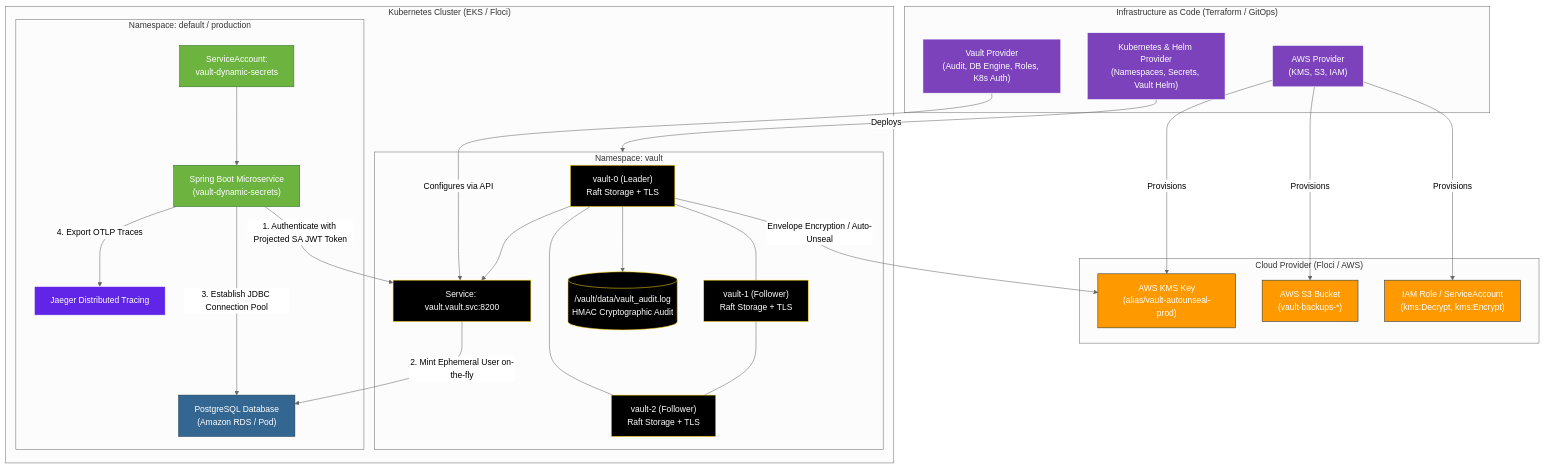
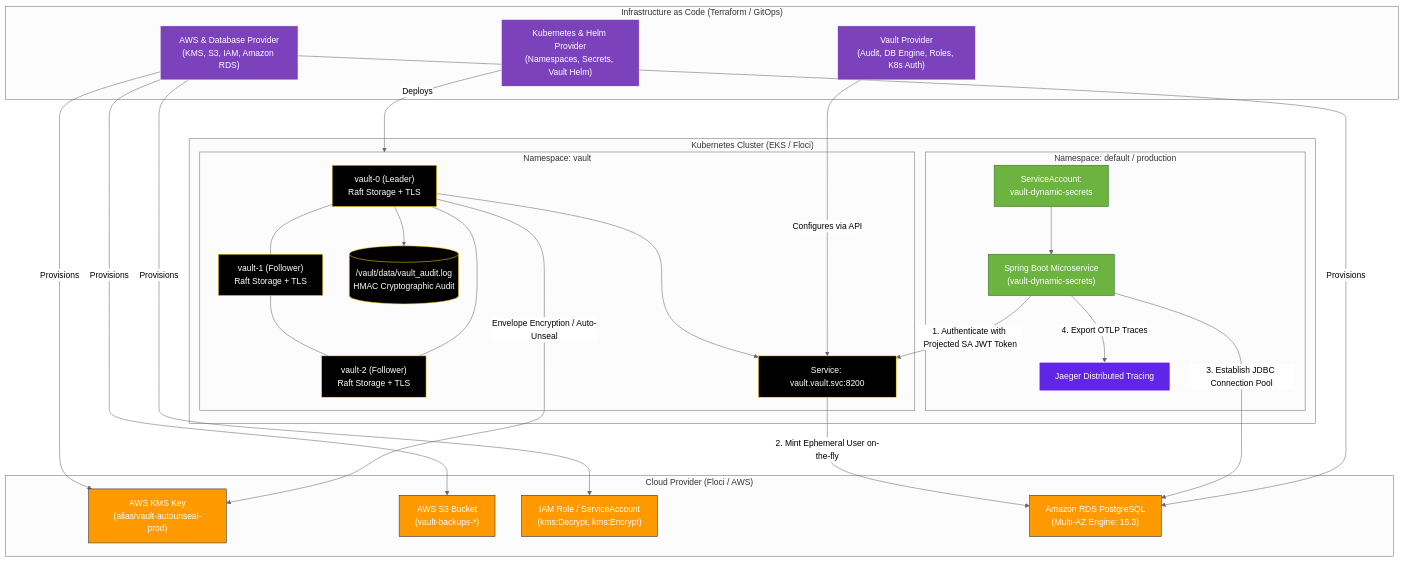
Before and after one commit to kirankumarhm/vault-dynamic-secrets: the diagram in docs/production-terraform-setup.md, drawn with Mermaid (neutral theme). The commit also changed other lines of this file and 3 other files, not shown here.

Commit message:
feat: provision Amazon RDS / automated PostgreSQL database via Terraform (postgres.tf)

````diff
--- a/docs/production-terraform-setup.md
+++ b/docs/production-terraform-setup.md
@@ -15,65 +16,65 @@
 ```mermaid
 graph TB
     subgraph IaC["Infrastructure as Code (Terraform / GitOps)"]
-        TF_AWS["AWS Provider<br/>(KMS, S3, IAM)"]
+        TF_AWS["AWS & Database Provider<br/>(KMS, S3, IAM, Amazon RDS)"]
         TF_K8S["Kubernetes & Helm Provider<br/>(Namespaces, Secrets, Vault Helm)"]
         TF_VAULT["Vault Provider<br/>(Audit, DB Engine, Roles, K8s Auth)"]
     end
 
     subgraph AWS_Layer["Cloud Provider (Floci / AWS)"]
         KMS["AWS KMS Key<br/>(alias/vault-autounseal-prod)"]
         S3["AWS S3 Bucket<br/>(vault-backups-*)"]
         IAM["IAM Role / ServiceAccount<br/>(kms:Decrypt, kms:Encrypt)"]
+        RDS["Amazon RDS PostgreSQL<br/>(Multi-AZ Engine: 16.3)"]
     end
 
     subgraph K8s_Cluster["Kubernetes Cluster (EKS / Floci)"]
         subgraph Vault_NS["Namespace: vault"]
             V0["vault-0 (Leader)<br/>Raft Storage + TLS"]
             V1["vault-1 (Follower)<br/>Raft Storage + TLS"]
             V2["vault-2 (Follower)<br/>Raft Storage + TLS"]
             VSVC["Service: vault.vault.svc:8200"]
             AuditLog[("/vault/data/vault_audit.log<br/>HMAC Cryptographic Audit")]
 
             V0 --- V1
             V1 --- V2
             V2 --- V0
             V0 --> VSVC
             V0 --> AuditLog
         end
 
         subgraph App_NS["Namespace: default / production"]
             SA["ServiceAccount:<br/>vault-dynamic-secrets"]
             App["Spring Boot Microservice<br/>(vault-dynamic-secrets)"]
-            PG["PostgreSQL Database<br/>(Amazon RDS / Pod)"]
             Jaeger["Jaeger Distributed Tracing"]
 
             SA --> App
             App -->|1. Authenticate with Projected SA JWT Token| VSVC
-            VSVC -->|2. Mint Ephemeral User on-the-fly| PG
-            App -->|3. Establish JDBC Connection Pool| PG
+            VSVC -->|2. Mint Ephemeral User on-the-fly| RDS
+            App -->|3. Establish JDBC Connection Pool| RDS
             App -->|4. Export OTLP Traces| Jaeger
         end
     end
 
     TF_AWS -->|Provisions| KMS
     TF_AWS -->|Provisions| S3
     TF_AWS -->|Provisions| IAM
+    TF_AWS -->|Provisions| RDS
     TF_K8S -->|Deploys| Vault_NS
     TF_VAULT -->|Configures via API| VSVC
     V0 -->|Envelope Encryption / Auto-Unseal| KMS
 
     classDef tf fill:#7b42bc,stroke:#fff,color:#fff
     classDef aws fill:#ff9900,stroke:#232f3e,color:#fff
     classDef vault fill:#000,stroke:#ffd814,color:#fff
     classDef k8s fill:#326ce5,stroke:#fff,color:#fff
     classDef app fill:#6db33f,stroke:#2b6b2b,color:#fff
     classDef pg fill:#336791,stroke:#1b3a54,color:#fff
     classDef obs fill:#6025e6,stroke:#fff,color:#fff
 
     class TF_AWS,TF_K8S,TF_VAULT tf
-    class KMS,S3,IAM aws
+    class KMS,S3,IAM,RDS aws
     class V0,V1,V2,VSVC,AuditLog vault
     class App,SA app
-    class PG pg
     class Jaeger obs
 ```
````
